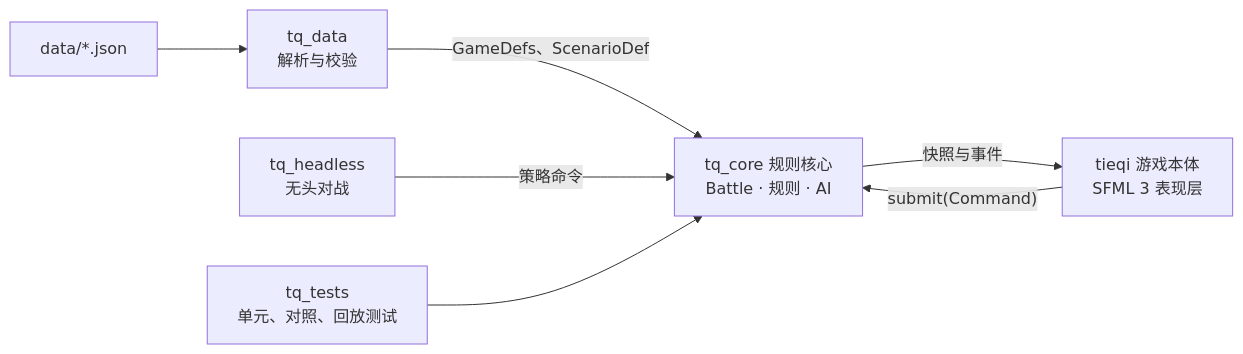
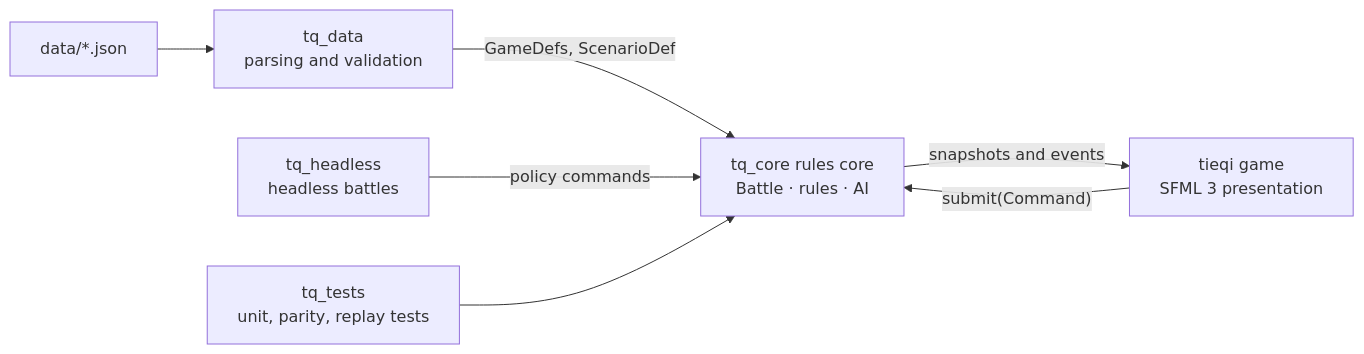
The diagram in docs/DEVELOPMENT.md (QizhouD/tieqi), drawn with Mermaid before and after one commit. The commit also changed other lines of this file and 18 other files, not shown here.

````diff
--- a/docs/DEVELOPMENT.md
+++ b/docs/DEVELOPMENT.md
@@ -275,9 +281,9 @@
 ```mermaid
 flowchart LR
-    json["data/*.json"] --> data["tq_data<br/>解析与校验"]
-    data -->|"GameDefs、ScenarioDef"| core["tq_core 规则核心<br/>Battle · 规则 · AI"]
-    app["tieqi 游戏本体<br/>SFML 3 表现层"] -->|"submit(Command)"| core
-    core -->|"快照与事件"| app
-    headless["tq_headless<br/>无头对战"] -->|"策略命令"| core
-    tests["tq_tests<br/>单元、对照、回放测试"] --> core
+    json["data/*.json"] --> data["tq_data<br/>parsing and validation"]
+    data -->|"GameDefs, ScenarioDef"| core["tq_core rules core<br/>Battle · rules · AI"]
+    app["tieqi game<br/>SFML 3 presentation"] -->|"submit(Command)"| core
+    core -->|"snapshots and events"| app
+    headless["tq_headless<br/>headless battles"] -->|"policy commands"| core
+    tests["tq_tests<br/>unit, parity, replay tests"] --> core
 ```
````
